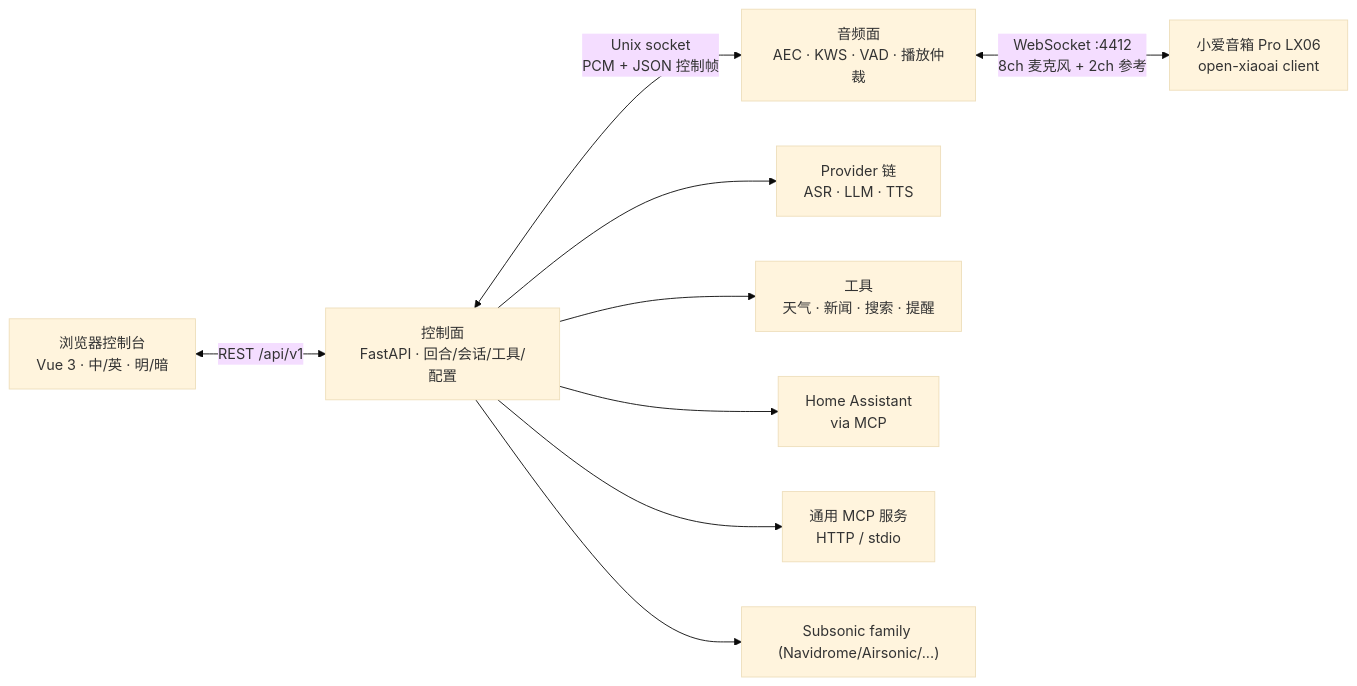
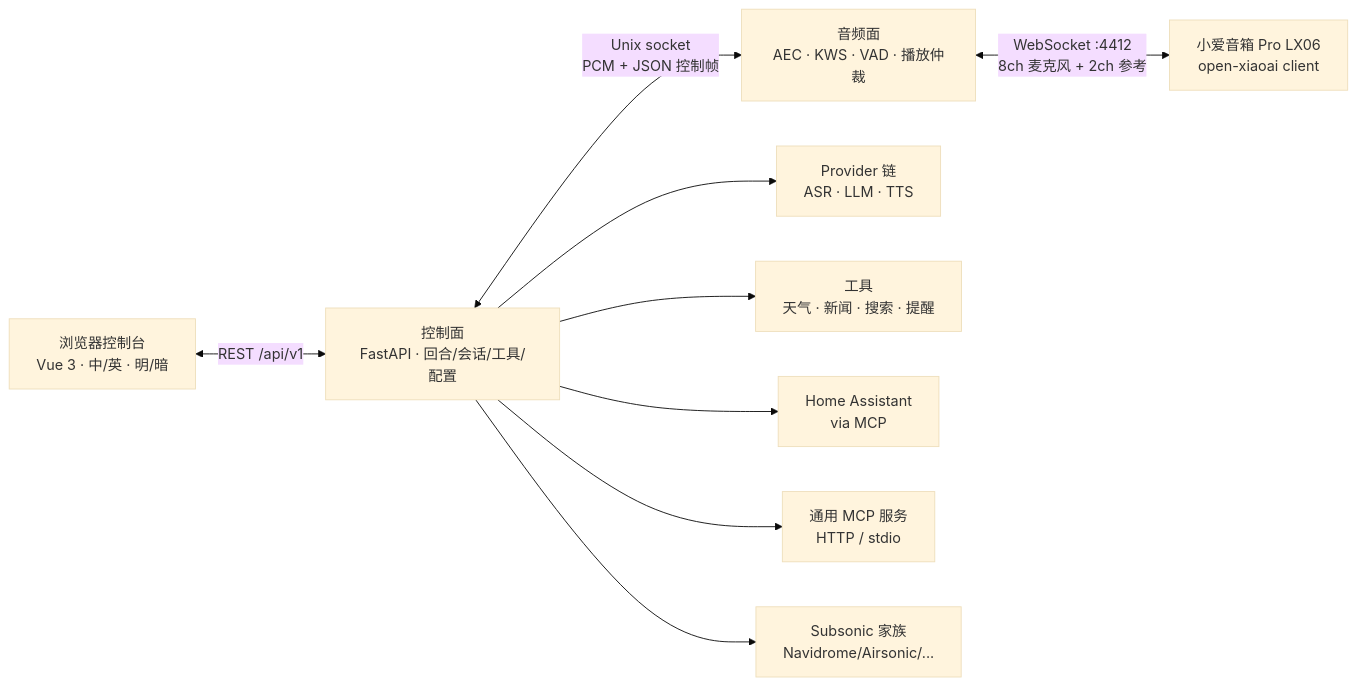
The first of 2 diagrams in README.md (yes999zc/rui), drawn with Mermaid (base theme) before and after one commit. The commit also changed other lines of this file and 8 other files, not shown here.

````diff
--- a/README.md
+++ b/README.md
@@ -57,11 +151,11 @@
 ```mermaid
 flowchart LR
   browser["浏览器控制台<br/>Vue 3 · 中/英 · 明/暗"] <-->|REST /api/v1| ctl["控制面<br/>FastAPI · 回合/会话/工具/配置"]
   ctl <-->|Unix socket<br/>PCM + JSON 控制帧| plane["音频面<br/>AEC · KWS · VAD · 播放仲裁"]
   plane <-->|WebSocket :4412<br/>8ch 麦克风 + 2ch 参考| speaker["小爱音箱 Pro LX06<br/>open-xiaoai client"]
   ctl --> providers["Provider 链<br/>ASR · LLM · TTS"]
   ctl --> tools["工具<br/>天气 · 新闻 · 搜索 · 提醒"]
   ctl --> ha["Home Assistant<br/>via MCP"]
   ctl --> mcp["通用 MCP 服务<br/>HTTP / stdio"]
-  ctl --> music["Subsonic family (Navidrome/Airsonic/...)"]
+  ctl --> music["Subsonic 家族<br/>Navidrome/Airsonic/..."]
 ```
````
